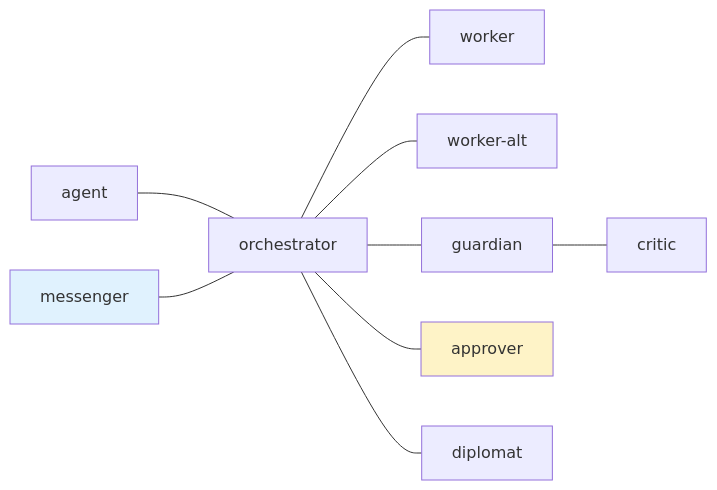
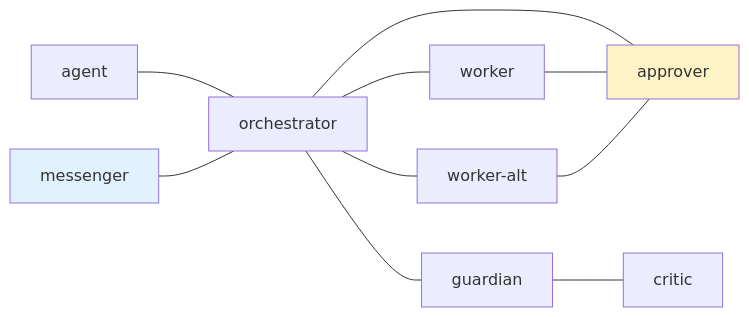
One commit to i9wa4/dotfiles changed the diagram in config/tmux-a2a-postman/postman.md. Above: the diagram before and after it, drawn with Mermaid. The commit also changed other lines of this file and 27 other files, not shown here.

````diff
--- a/config/tmux-a2a-postman/postman.md
+++ b/config/tmux-a2a-postman/postman.md
@@ -28,15 +28,16 @@
 ```mermaid
 graph LR
     agent --- orchestrator
     messenger --- orchestrator
     orchestrator --- worker
     orchestrator --- worker-alt
     orchestrator --- guardian
     orchestrator --- approver
-    orchestrator --- diplomat
+    worker --- approver
+    worker-alt --- approver
     guardian --- critic
     class messenger interface_node
     class approver command_approver_node
     classDef interface_node fill:#e0f2fe
     classDef command_approver_node fill:#fef3c7
 ```
````
